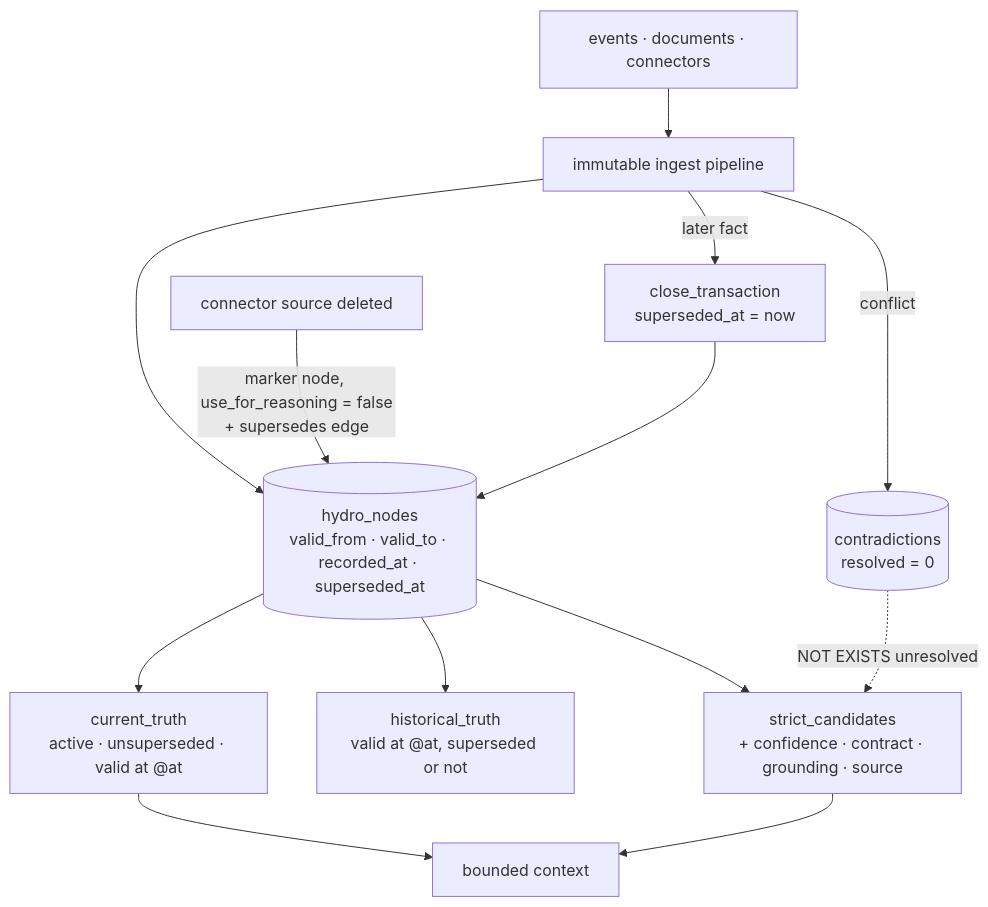
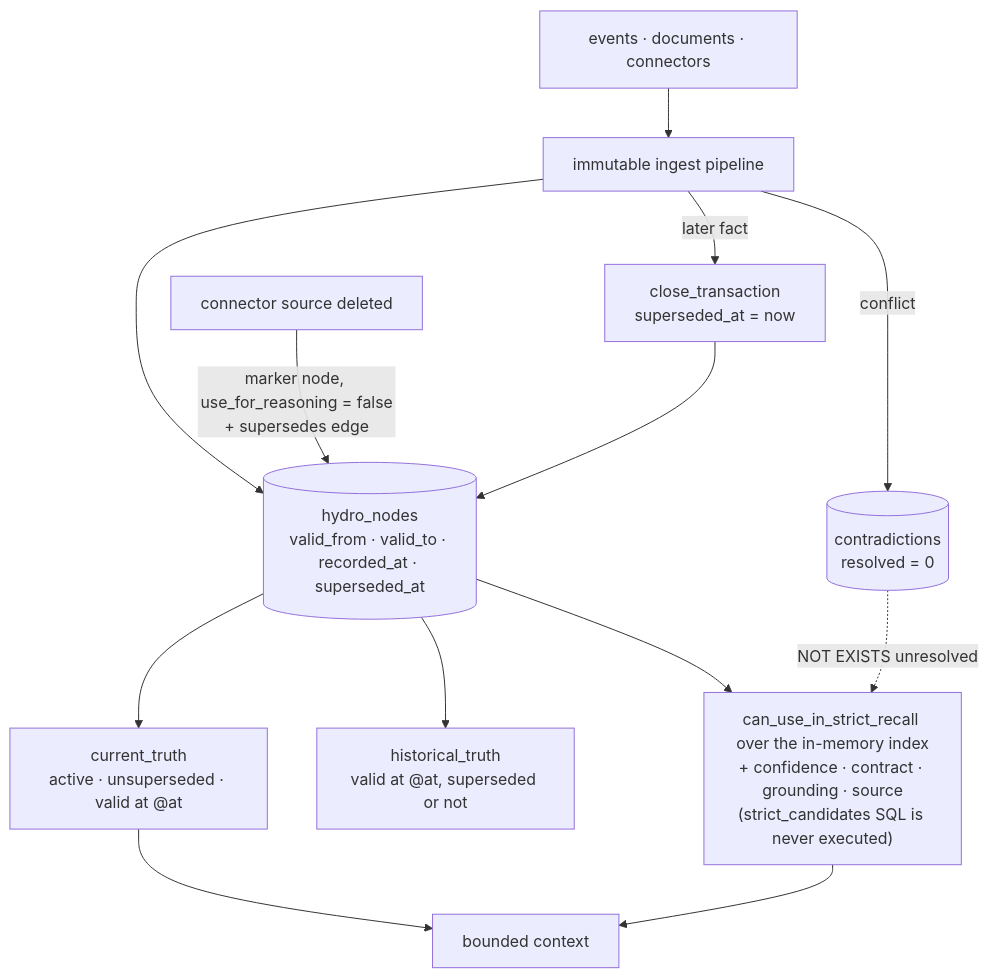
Before and after one commit to neoneye/agent-memory-atlas: the diagram in content/systems/openmemory.md, drawn with Mermaid. The commit also changed other lines of this file and 5 other files, not shown here.

````diff
--- a/content/systems/openmemory.md
+++ b/content/systems/openmemory.md
@@ -80,17 +121,17 @@
 ```mermaid
 %% caption: one ingest pipeline writes immutable nodes; supersession closes a node rather than overwriting it, and each recall mode is a different question over the same valid-time and recorded-time columns — strict recall adding the reasoning contract and the unresolved-contradiction check
 flowchart TD
     SRC["events · documents · connectors"] --> ING["immutable ingest pipeline"]
     ING --> N[("hydro_nodes<br/>valid_from · valid_to · recorded_at · superseded_at")]
     ING -->|"later fact"| MV["close_transaction<br/>superseded_at = now"]
     MV --> N
     ING -->|"conflict"| C[("contradictions<br/>resolved = 0")]
     DEL["connector source deleted"] -->|"marker node, use_for_reasoning = false<br/>+ supersedes edge"| N
 
     N --> CUR["current_truth<br/>active · unsuperseded · valid at @at"]
     N --> HIS["historical_truth<br/>valid at @at, superseded or not"]
-    N --> STR["strict_candidates<br/>+ confidence · contract · grounding · source"]
+    N --> STR["can_use_in_strict_recall over the in-memory index<br/>+ confidence · contract · grounding · source<br/>(strict_candidates SQL is never executed)"]
     C -.->|"NOT EXISTS unresolved"| STR
     STR --> CTX["bounded context"]
     CUR --> CTX
 ```
````
